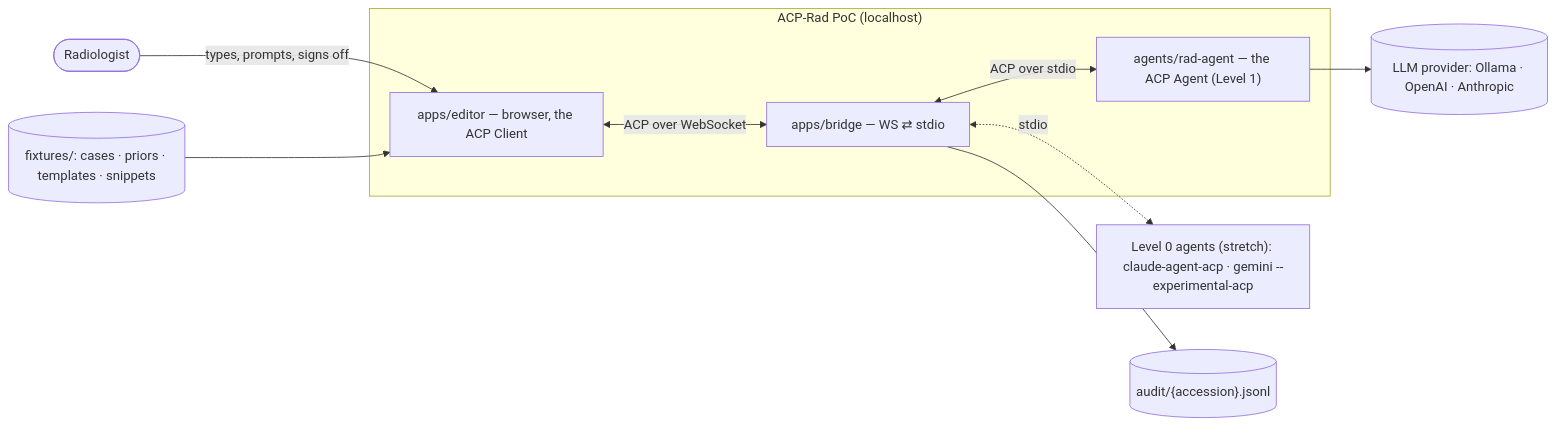
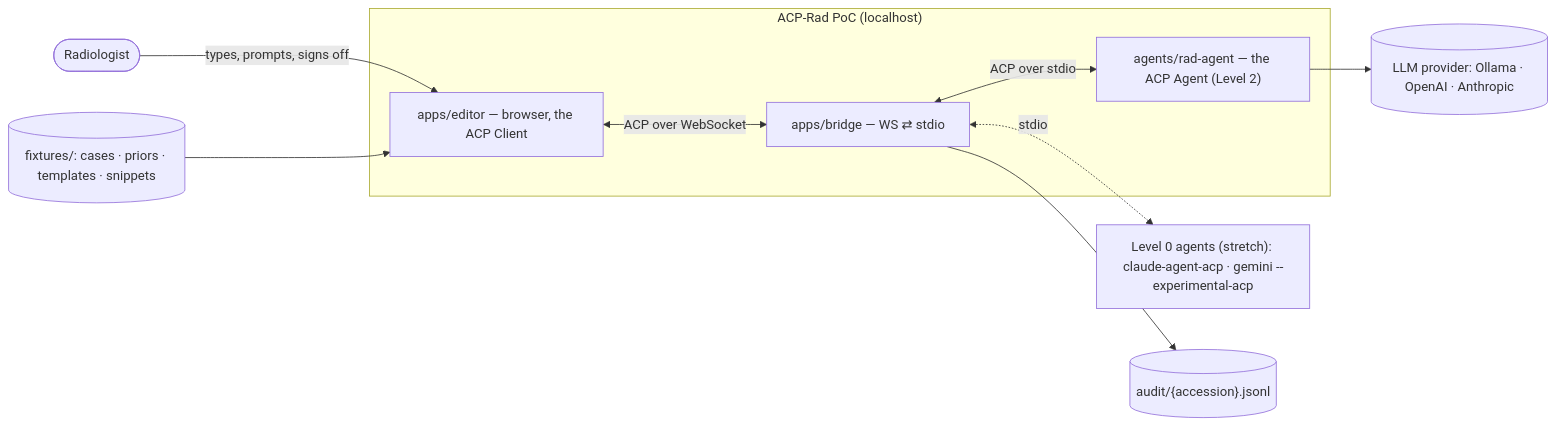
One commit to Lightbridge-KS/acp-rad-demo changed the first of 7 diagrams in docs/design/01-system-architecture.md. Above: the diagram before and after it, drawn with Mermaid. The commit also changed other lines of this file and 7 other files, not shown here.

````diff
--- a/docs/design/01-system-architecture.md
+++ b/docs/design/01-system-architecture.md
@@ -29,20 +29,20 @@
 ```mermaid
 flowchart LR
     rad([Radiologist])
     subgraph PoC["ACP-Rad PoC (localhost)"]
         editor["apps/editor — browser, the ACP Client"]
         bridge["apps/bridge — WS ⇄ stdio"]
-        agent["agents/rad-agent — the ACP Agent (Level 1)"]
+        agent["agents/rad-agent — the ACP Agent (Level 2)"]
     end
     l0["Level 0 agents (stretch): claude-agent-acp · gemini --experimental-acp"]
     llm[("LLM provider: Ollama · OpenAI · Anthropic")]
     audit[("audit/{accession}.jsonl")]
     fixtures[("fixtures/: cases · priors · templates · snippets")]
     rad -->|types, prompts, signs off| editor
     editor <-->|ACP over WebSocket| bridge
     bridge <-->|ACP over stdio| agent
     bridge <-.->|stdio| l0
     agent --> llm
     bridge --> audit
     fixtures --> editor
 ```
````
